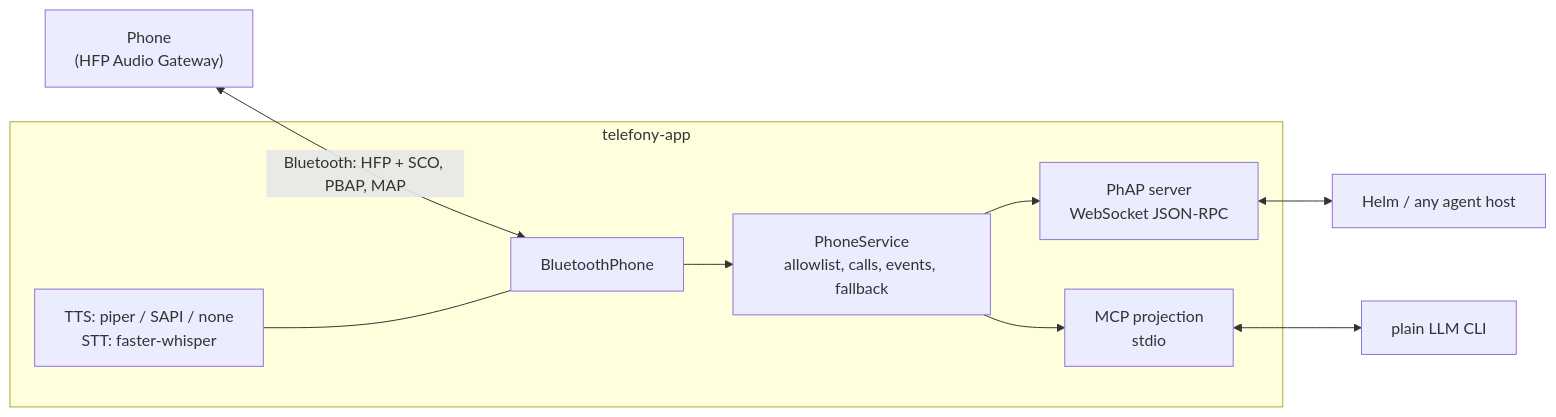
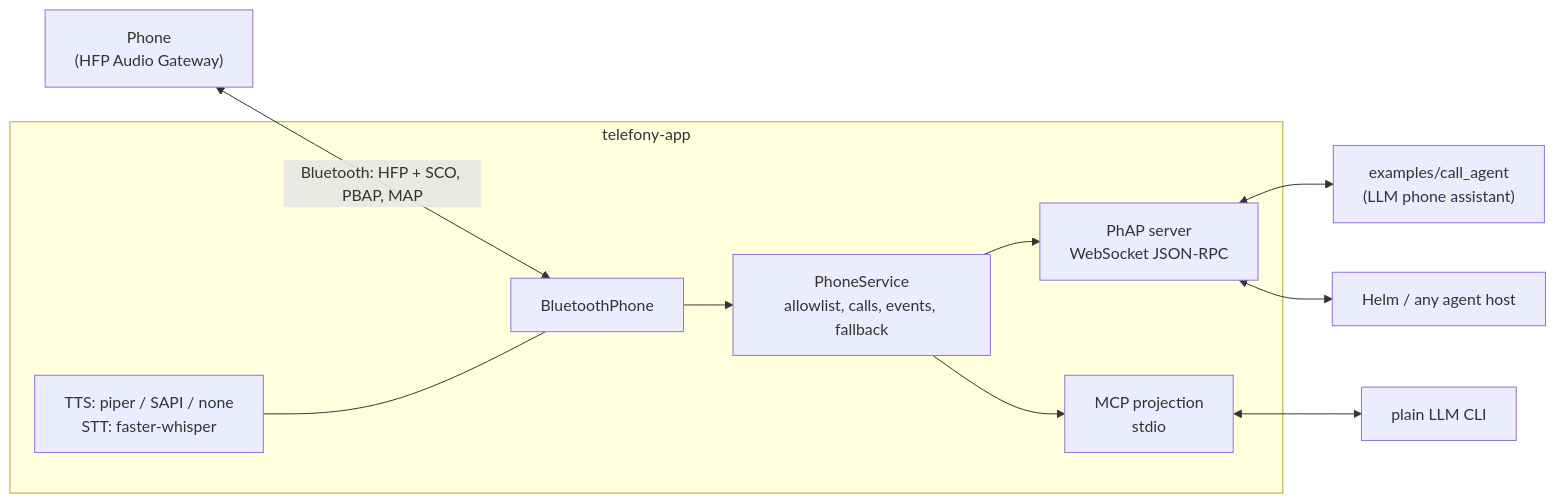
The diagram in README.md (PetePeter/telefony-app), drawn with Mermaid before and after one commit. The commit also changed other lines of this file and 2 other files, not shown here.

Commit message:
docs: SETUP.md (agent-executable install: venv, dongle, Zadig/libusbK, pairing, Piper, call agent); READMEs link the call agent

````diff
--- a/README.md
+++ b/README.md
@@ -10,12 +10,13 @@
 ```mermaid
 flowchart LR
     Phone["Phone<br/>(HFP Audio Gateway)"] <-- "Bluetooth: HFP + SCO, PBAP, MAP" --> BT[BluetoothPhone]
     subgraph app[telefony-app]
         BT --> S[PhoneService<br/>allowlist, calls, events, fallback]
         S --> P[PhAP server<br/>WebSocket JSON-RPC]
         S --> M[MCP projection<br/>stdio]
         V[TTS: piper / SAPI / none<br/>STT: faster-whisper] --- BT
     end
+    P <--> A["examples/call_agent<br/>(LLM phone assistant)"]
     P <--> H[Helm / any agent host]
     M <--> C[plain LLM CLI]
 ```
````
